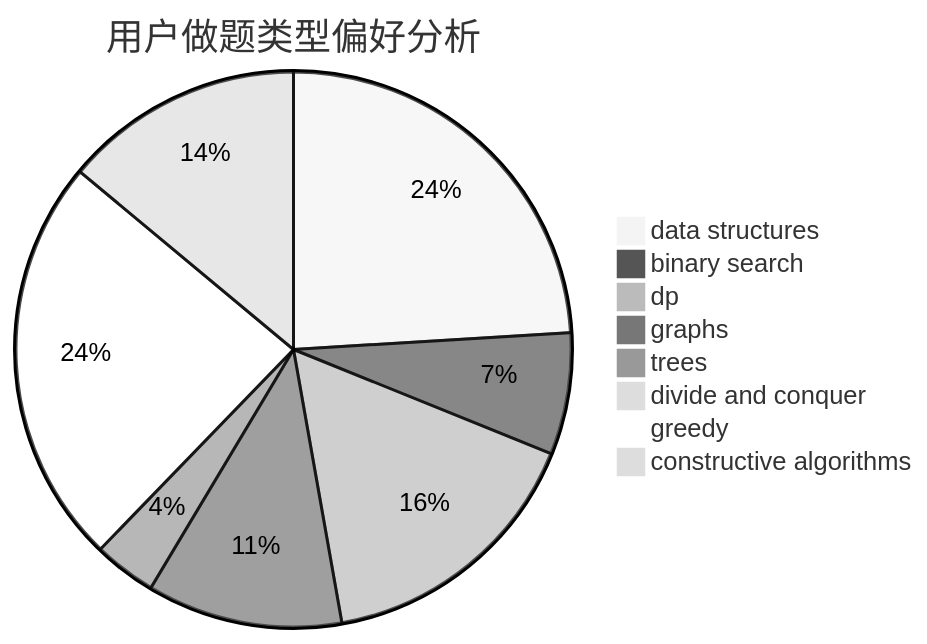
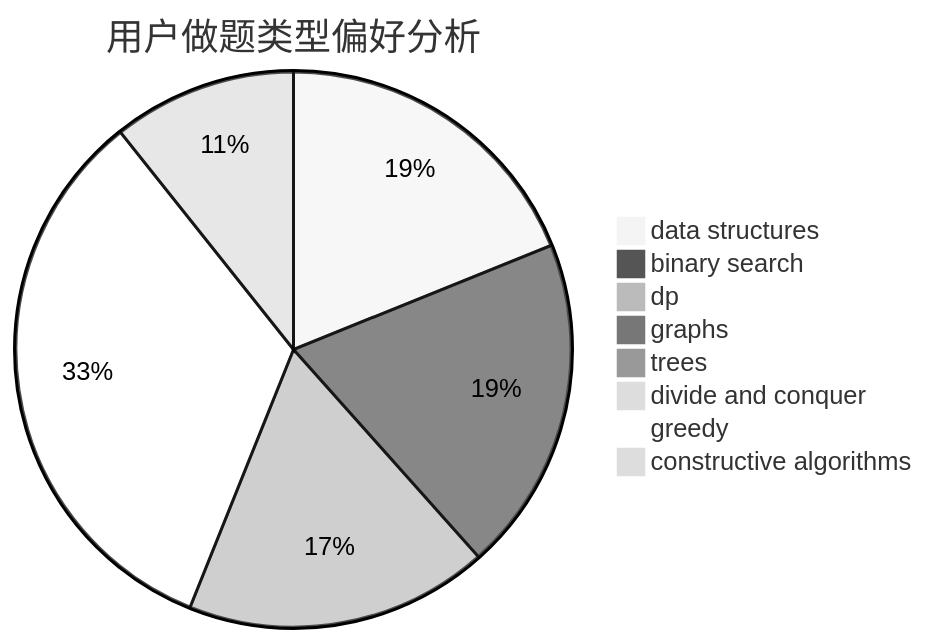
One commit to sherpahu/cfrs.github.io changed the second of 3 diagrams in docs/user/u612.md. Above: the diagram before and after it, drawn with Mermaid (neutral theme). The commit also changed other lines of this file and 2770 other files, not shown here.

````diff
--- a/docs/user/u612.md
+++ b/docs/user/u612.md
@@ -23,11 +23,11 @@
 ```mermaid
 pie title 用户做题类型偏好分析
-    "data structures" :  112
-    "binary search" :  33
-    "dp" :  75
-    "graphs" :  53
-    "trees" :  17
+    "data structures" :  510
+    "binary search" :  527
+    "dp" :  477
+    "graphs" :  27
+    "trees" :  0
     "divide and conquer" :  0
-    "greedy" :  111
-    "constructive algorithms" :  65
+    "greedy" :  897
+    "constructive algorithms" :  289
 ```
````
